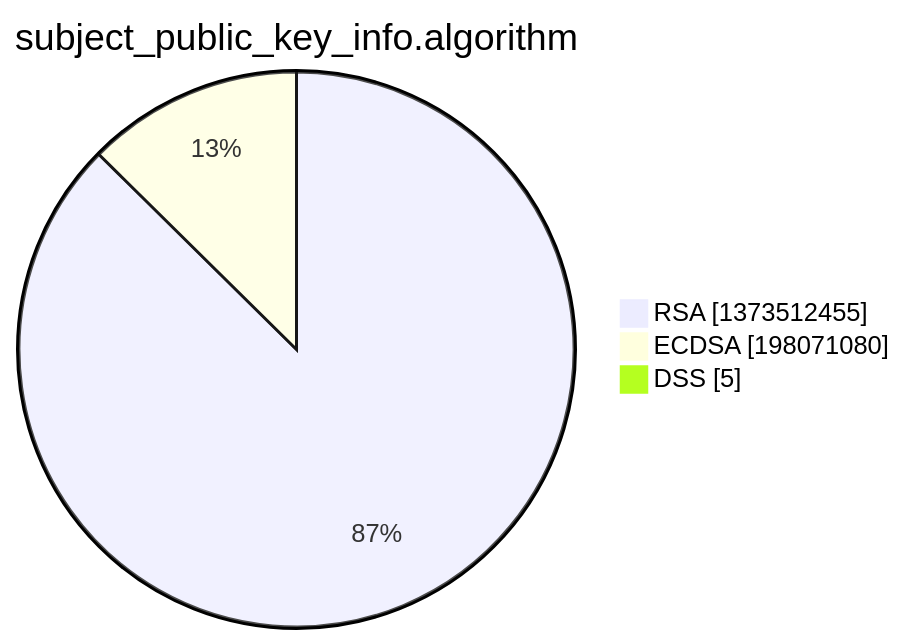
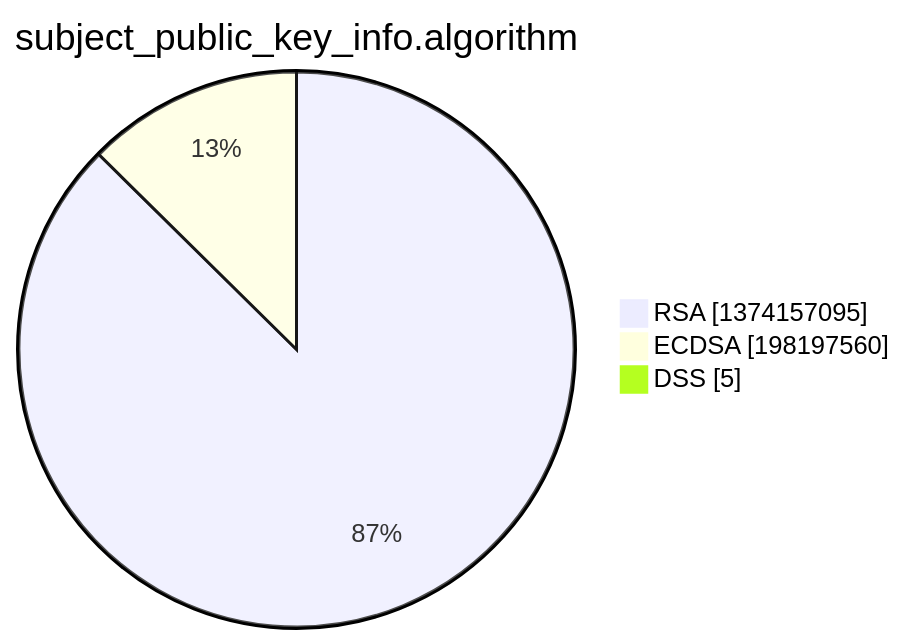
The third of 15 diagrams in xenon2022/README.md (christiankrug/ctmonitor_visualization), drawn with Mermaid before and after one commit. The commit also changed other lines of this file, not shown here.

````diff
--- a/xenon2022/README.md
+++ b/xenon2022/README.md
@@ -14,7 +14,7 @@
 ```mermaid
 pie showData
 title subject_public_key_info.algorithm
-"RSA" :1373512455
-"ECDSA" :198071080
+"RSA" :1374157095
+"ECDSA" :198197560
 "DSS" :5
 ```
````
